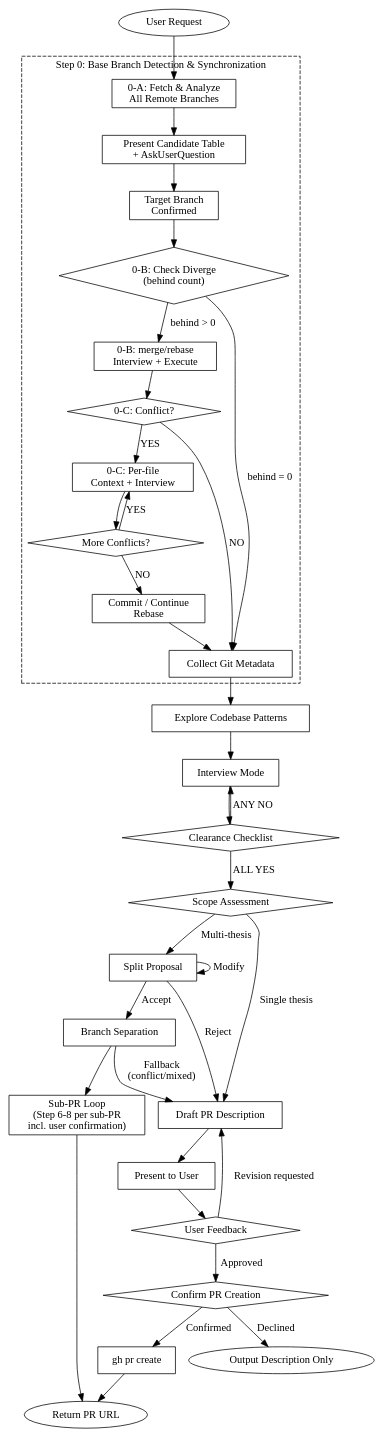
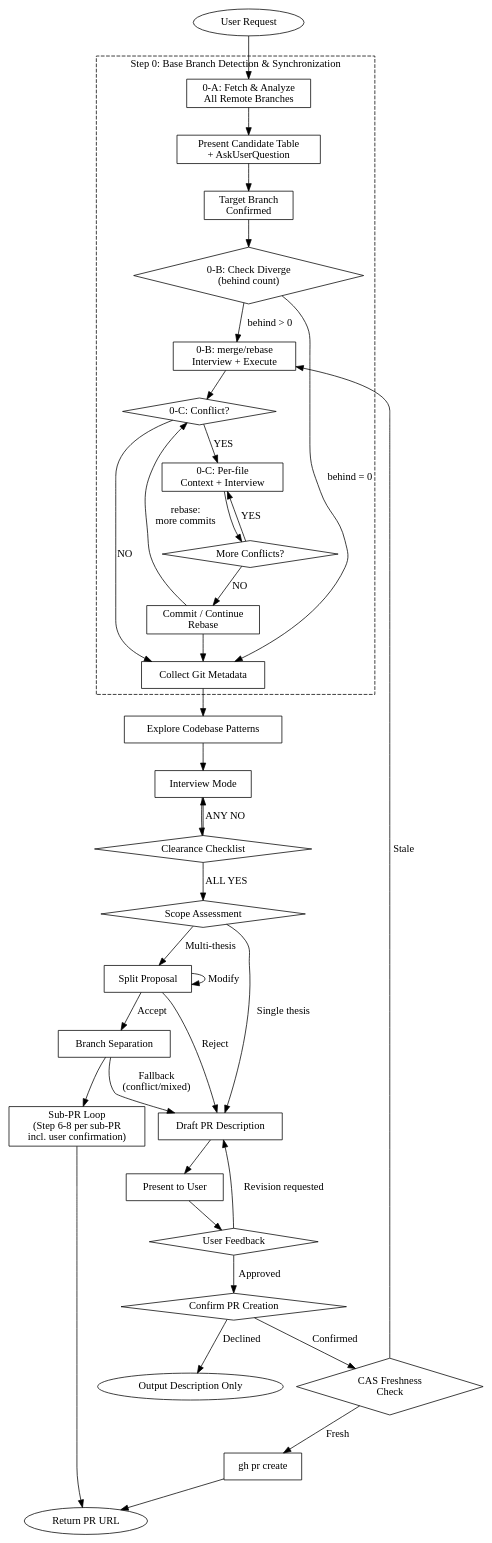
Before and after one commit to toongri/oh-my-toong-playground: the diagram in skills/make-pr/SKILL.md, drawn with Graphviz. The commit also changed other lines of this file, not shown here.

Commit message:
fix: make-pr CAS SHA 추적·충돌 분기·freshness 플로우 수정

````diff
--- a/skills/make-pr/SKILL.md
+++ b/skills/make-pr/SKILL.md
@@ -61,72 +61,76 @@
 ```dot
 digraph make_pr_flow {
     rankdir=TB;
 
     "User Request" [shape=ellipse];
 
     subgraph cluster_step0 {
         label="Step 0: Base Branch Detection & Synchronization";
         style=dashed;
         "0-A: Fetch & Analyze\nAll Remote Branches" [shape=box];
         "Present Candidate Table\n+ AskUserQuestion" [shape=box];
         "Target Branch\nConfirmed" [shape=box];
         "0-B: Check Diverge\n(behind count)" [shape=diamond];
         "0-B: merge/rebase\nInterview + Execute" [shape=box];
         "0-C: Conflict?" [shape=diamond];
         "0-C: Per-file\nContext + Interview" [shape=box];
         "More Conflicts?" [shape=diamond];
         "Commit / Continue\nRebase" [shape=box];
 
         "0-A: Fetch & Analyze\nAll Remote Branches" -> "Present Candidate Table\n+ AskUserQuestion";
         "Present Candidate Table\n+ AskUserQuestion" -> "Target Branch\nConfirmed";
         "Target Branch\nConfirmed" -> "0-B: Check Diverge\n(behind count)";
         "0-B: Check Diverge\n(behind count)" -> "0-B: merge/rebase\nInterview + Execute" [label="behind > 0"];
         "0-B: merge/rebase\nInterview + Execute" -> "0-C: Conflict?";
         "0-C: Conflict?" -> "0-C: Per-file\nContext + Interview" [label="YES"];
         "0-C: Conflict?" -> "Collect Git Metadata" [label="NO"];
         "0-C: Per-file\nContext + Interview" -> "More Conflicts?";
         "More Conflicts?" -> "0-C: Per-file\nContext + Interview" [label="YES"];
         "More Conflicts?" -> "Commit / Continue\nRebase" [label="NO"];
     }
 
     "Collect Git Metadata" [shape=box];
     "Explore Codebase Patterns" [shape=box];
     "Interview Mode" [shape=box];
     "Clearance Checklist" [shape=diamond];
     "Scope Assessment" [shape=diamond];
     "Split Proposal" [shape=box];
     "Branch Separation" [shape=box];
     "Sub-PR Loop\n(Step 6-8 per sub-PR\nincl. user confirmation)" [shape=box];
     "Draft PR Description" [shape=box];
     "Present to User" [shape=box];
     "User Feedback" [shape=diamond];
     "Confirm PR Creation" [shape=diamond];
+    "CAS Freshness\nCheck" [shape=diamond];
     "gh pr create" [shape=box];
     "Return PR URL" [shape=ellipse];
     "Output Description Only" [shape=ellipse];
 
     "User Request" -> "0-A: Fetch & Analyze\nAll Remote Branches";
     "0-B: Check Diverge\n(behind count)" -> "Collect Git Metadata" [label="behind = 0"];
     "Commit / Continue\nRebase" -> "Collect Git Metadata";
+    "Commit / Continue\nRebase" -> "0-C: Conflict?" [label="rebase:\nmore commits"];
     "Collect Git Metadata" -> "Explore Codebase Patterns";
     "Explore Codebase Patterns" -> "Interview Mode";
     "Interview Mode" -> "Clearance Checklist";
     "Clearance Checklist" -> "Interview Mode" [label="ANY NO"];
     "Clearance Checklist" -> "Scope Assessment" [label="ALL YES"];
     "Scope Assessment" -> "Draft PR Description" [label="Single thesis"];
     "Scope Assessment" -> "Split Proposal" [label="Multi-thesis"];
     "Split Proposal" -> "Branch Separation" [label="Accept"];
     "Split Proposal" -> "Draft PR Description" [label="Reject"];
     "Split Proposal" -> "Split Proposal" [label="Modify"];
     "Branch Separation" -> "Sub-PR Loop\n(Step 6-8 per sub-PR\nincl. user confirmation)";
     "Branch Separation" -> "Draft PR Description" [label="Fallback\n(conflict/mixed)"];
     "Sub-PR Loop\n(Step 6-8 per sub-PR\nincl. user confirmation)" -> "Return PR URL";
     "Draft PR Description" -> "Present to User";
     "Present to User" -> "User Feedback";
     "User Feedback" -> "Draft PR Description" [label="Revision requested"];
     "User Feedback" -> "Confirm PR Creation" [label="Approved"];
     "Confirm PR Creation" -> "Output Description Only" [label="Declined"];
-    "Confirm PR Creation" -> "gh pr create" [label="Confirmed"];
+    "Confirm PR Creation" -> "CAS Freshness\nCheck" [label="Confirmed"];
+    "CAS Freshness\nCheck" -> "gh pr create" [label="Fresh"];
+    "CAS Freshness\nCheck" -> "0-B: merge/rebase\nInterview + Execute" [label="Stale"];
     "gh pr create" -> "Return PR URL";
 }
 ```
````
